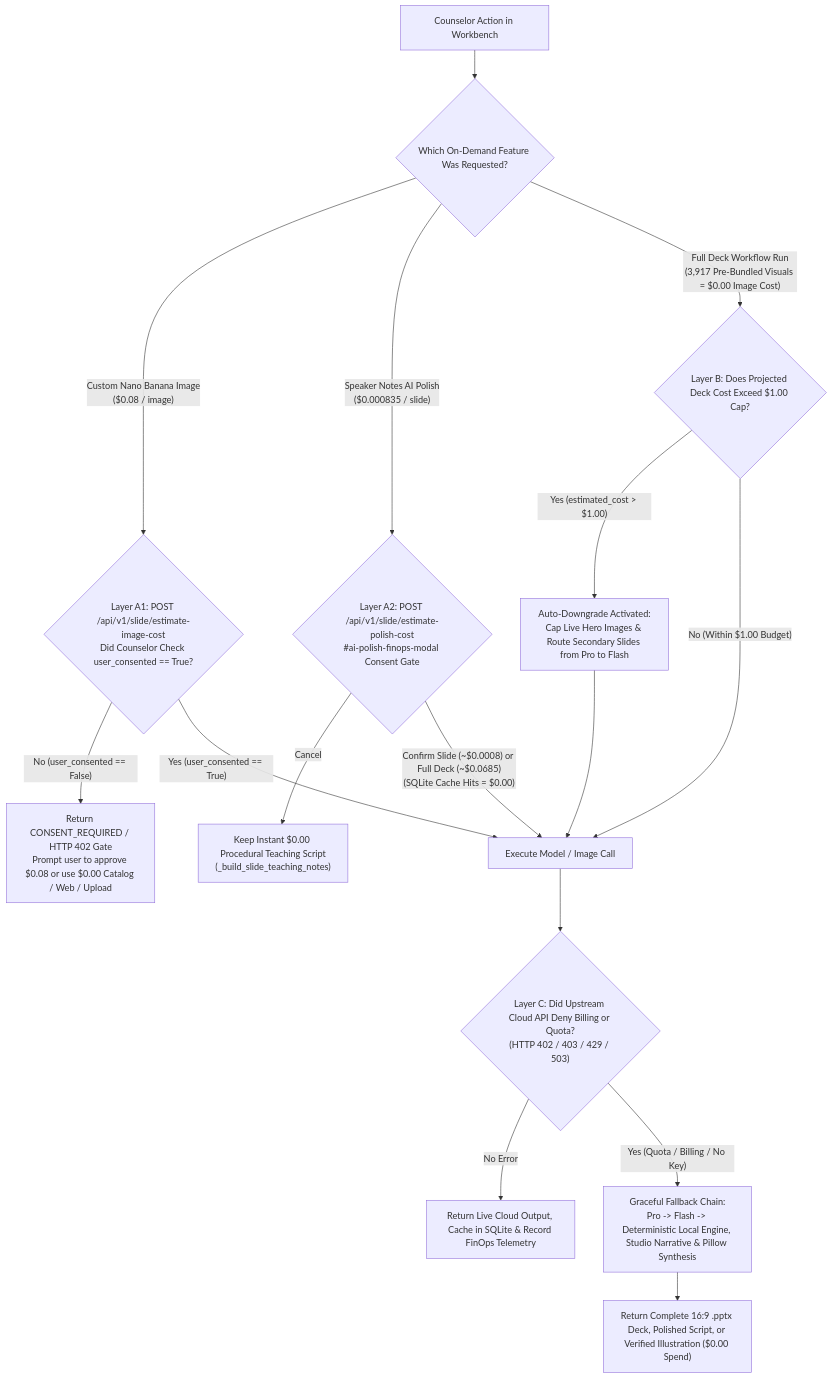
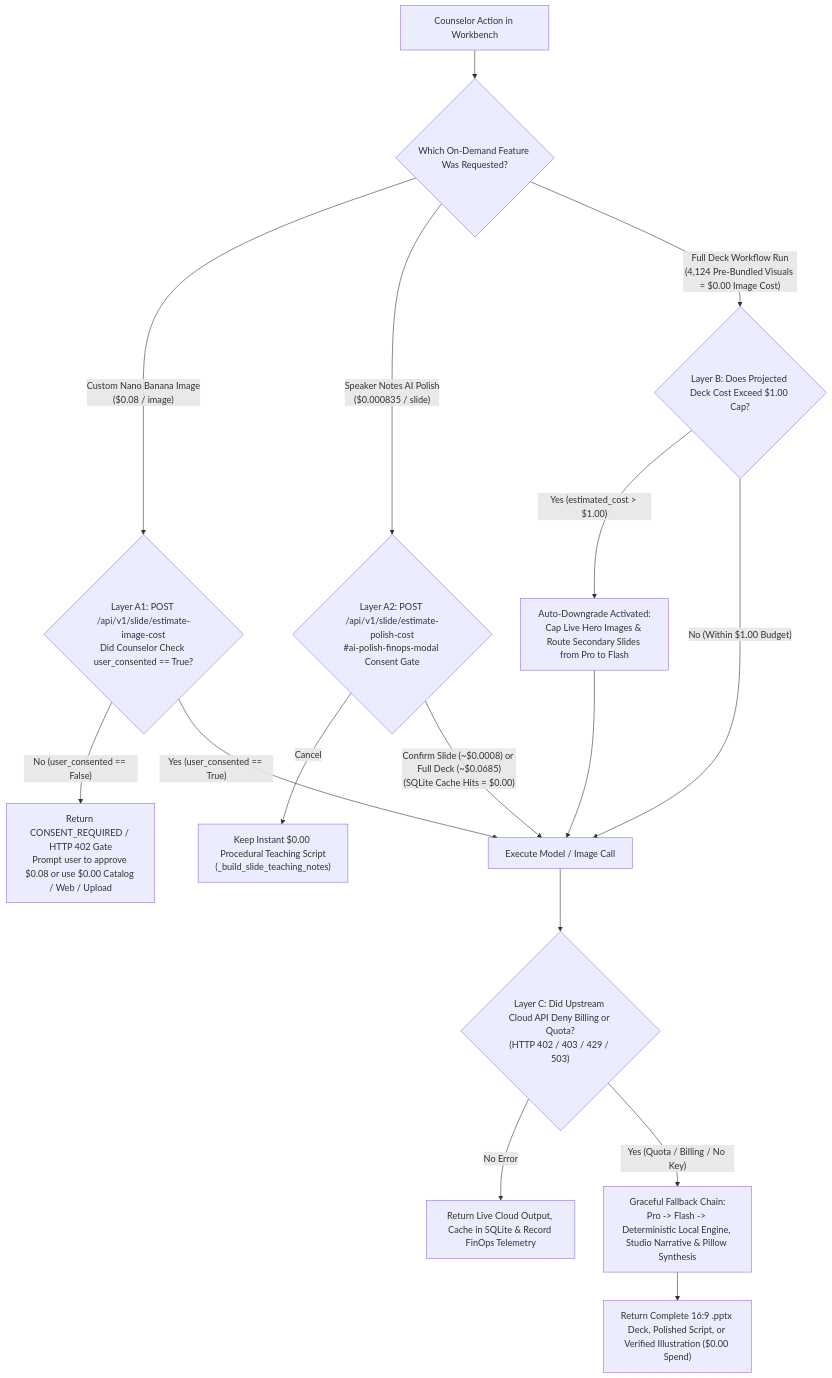
The diagram in docs/FINOPS_AND_TCO.md (clayberg/scouts-bsa-merit-badge-agent), drawn with Mermaid before and after one commit. The commit also changed other lines of this file and 193 other files, not shown here.

````diff
--- a/docs/FINOPS_AND_TCO.md
+++ b/docs/FINOPS_AND_TCO.md
@@ -134,21 +134,21 @@
 ```mermaid
 flowchart TD
     A["Counselor Action in Workbench"] --> B{"Which On-Demand Feature Was Requested?"}
     B -- "Custom Nano Banana Image\n($0.08 / image)" --> C1{"Layer A1: POST /api/v1/slide/estimate-image-cost\nDid Counselor Check user_consented == True?"}
     C1 -- "No (user_consented == False)" --> D1["Return CONSENT_REQUIRED / HTTP 402 Gate\nPrompt user to approve $0.08 or use $0.00 Catalog / Web / Upload"]
     C1 -- "Yes (user_consented == True)" --> F["Execute Model / Image Call"]
 
     B -- "Speaker Notes AI Polish\n($0.000835 / slide)" --> C2{"Layer A2: POST /api/v1/slide/estimate-polish-cost\n#ai-polish-finops-modal Consent Gate"}
     C2 -- "Cancel" --> D2["Keep Instant $0.00 Procedural Teaching Script\n(_build_slide_teaching_notes)"]
     C2 -- "Confirm Slide (~$0.0008) or Full Deck (~$0.0685)\n(SQLite Cache Hits = $0.00)" --> F
 
-    B -- "Full Deck Workflow Run\n(3,917 Pre-Bundled Visuals = $0.00 Image Cost)" --> E1{"Layer B: Does Projected Deck Cost Exceed $1.00 Cap?"}
+    B -- "Full Deck Workflow Run\n(4,124 Pre-Bundled Visuals = $0.00 Image Cost)" --> E1{"Layer B: Does Projected Deck Cost Exceed $1.00 Cap?"}
     E1 -- "Yes (estimated_cost > $1.00)" --> E2["Auto-Downgrade Activated:\nCap Live Hero Images & Route Secondary Slides from Pro to Flash"]
     E1 -- "No (Within $1.00 Budget)" --> F
     E2 --> F
 
     F --> G{"Layer C: Did Upstream Cloud API Deny Billing or Quota?\n(HTTP 402 / 403 / 429 / 503)"}
     G -- "No Error" --> H["Return Live Cloud Output, Cache in SQLite & Record FinOps Telemetry"]
     G -- "Yes (Quota / Billing / No Key)" --> I["Graceful Fallback Chain:\nPro -> Flash -> Deterministic Local Engine, Studio Narrative & Pillow Synthesis"]
     I --> J["Return Complete 16:9 .pptx Deck, Polished Script, or Verified Illustration ($0.00 Spend)"]
 ```
````
